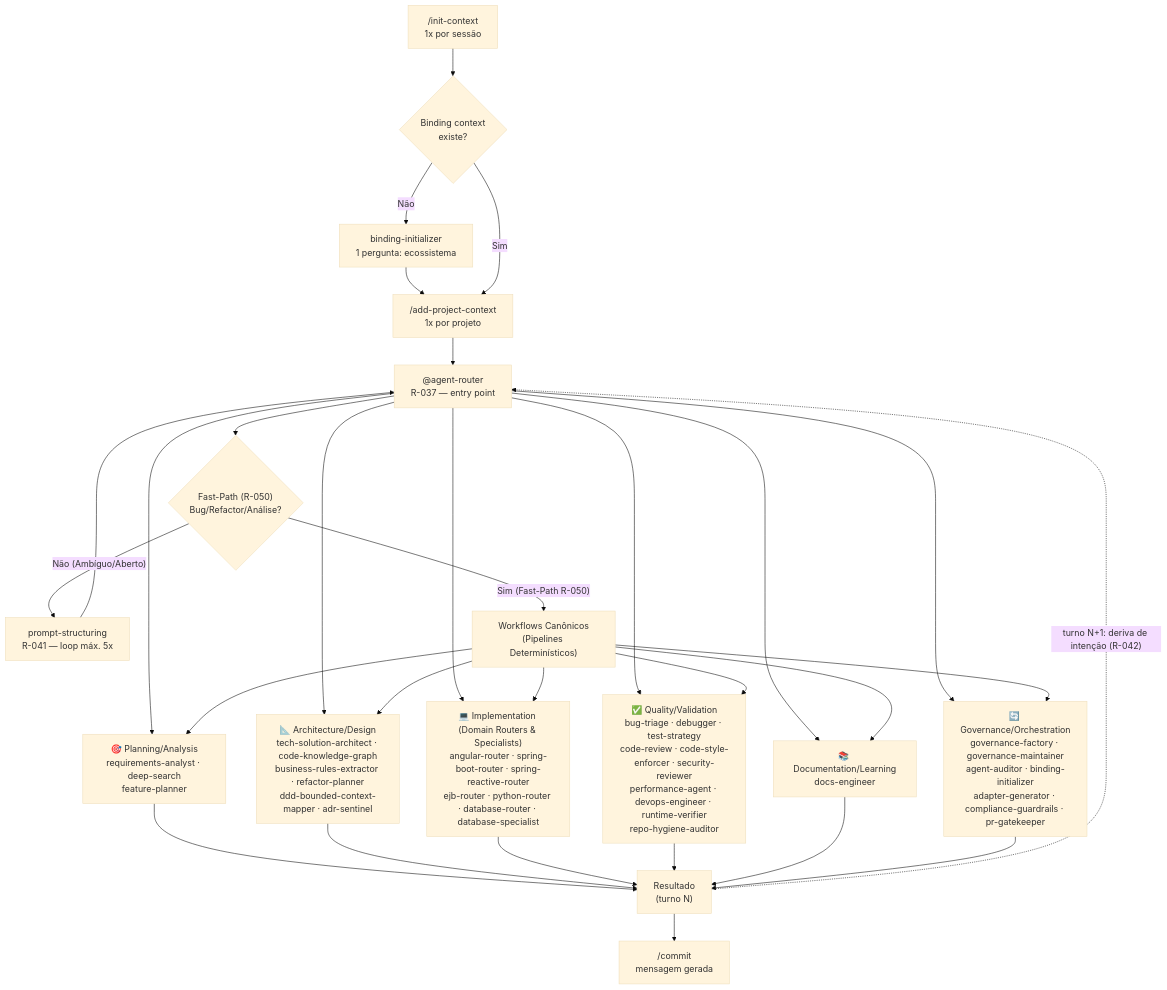
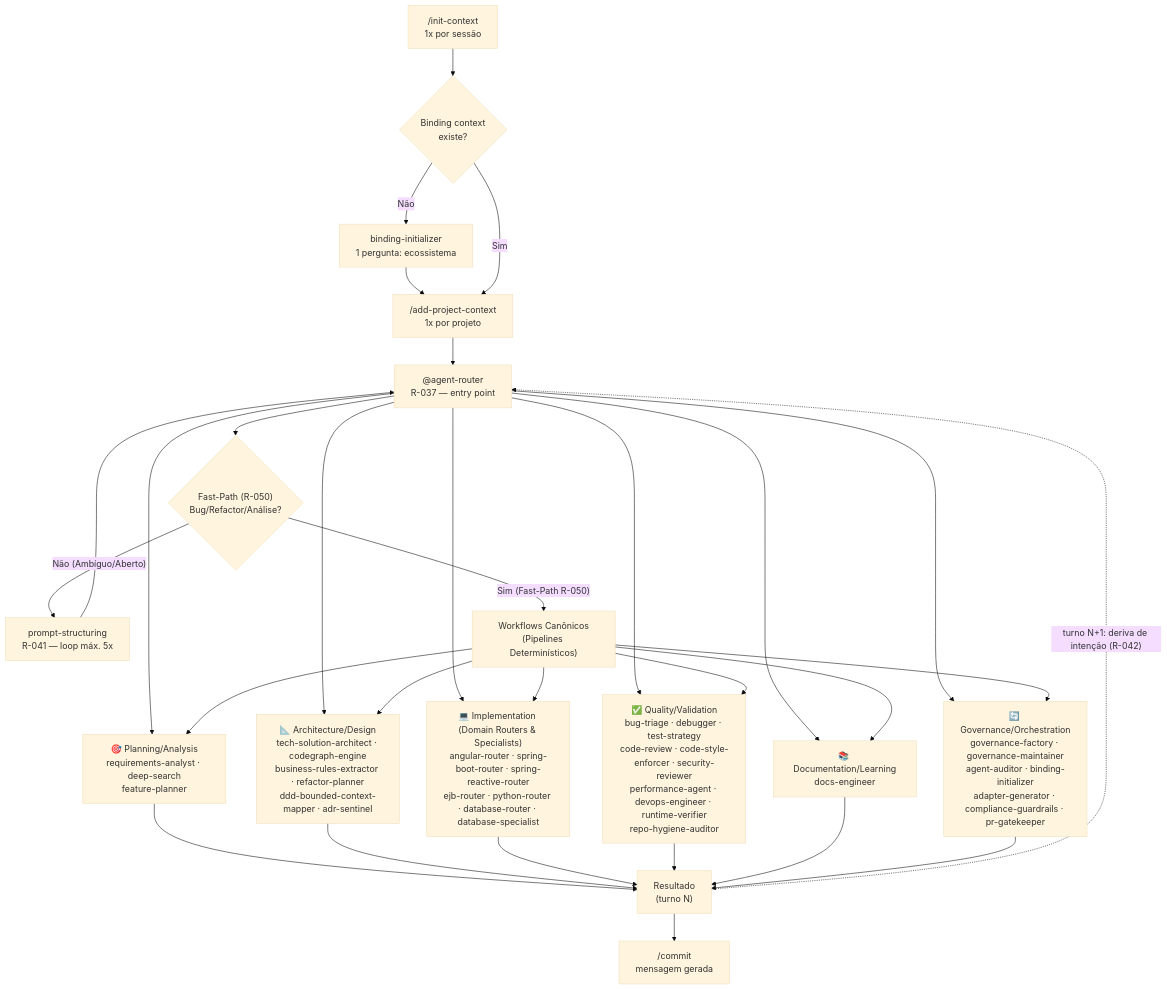
The first of 2 diagrams in README.md (jezreel8858/deep-agents-copilot), drawn with Mermaid (base theme) before and after one commit. The commit also changed other lines of this file and 31 other files, not shown here.

````diff
--- a/README.md
+++ b/README.md
@@ -183,23 +183,23 @@
 ```mermaid
 flowchart TD
     A["/init-context\n1x por sessão"] --> B{Binding context\nexiste?}
     B -- Não --> C["binding-initializer\n1 pergunta: ecossistema"]
     C --> D["/add-project-context\n1x por projeto"]
     B -- Sim --> D
     D --> E["@agent-router\nR-037 — entry point"]
     E --> FP{"Fast-Path (R-050)\nBug/Refactor/Análise?"}
     FP -- "Não (Ambíguo/Aberto)" --> P["prompt-structuring\nR-041 — loop máx. 5x"]
     P --> E
     FP -- "Sim (Fast-Path R-050)" --> WF["Workflows Canônicos\n(Pipelines Determinísticos)"]
 
     E & WF --> G1["🎯 Planning/Analysis\nrequirements-analyst · deep-search\nfeature-planner"]
-    E & WF --> G2["📐 Architecture/Design\ntech-solution-architect · code-knowledge-graph\nbusiness-rules-extractor · refactor-planner\nddd-bounded-context-mapper · adr-sentinel"]
+    E & WF --> G2["📐 Architecture/Design\ntech-solution-architect · codegraph-engine\nbusiness-rules-extractor · refactor-planner\nddd-bounded-context-mapper · adr-sentinel"]
     E & WF --> G3["💻 Implementation (Domain Routers & Specialists)\nangular-router · spring-boot-router · spring-reactive-router\nejb-router · python-router · database-router · database-specialist"]
     E & WF --> G4["✅ Quality/Validation\nbug-triage · debugger · test-strategy\ncode-review · code-style-enforcer · security-reviewer\nperformance-agent · devops-engineer · runtime-verifier\nrepo-hygiene-auditor"]
     E & WF --> G5["📚 Documentation/Learning\ndocs-engineer"]
     E & WF --> G6["🔄 Governance/Orchestration\ngovernance-factory · governance-maintainer\nagent-auditor · binding-initializer\nadapter-generator · compliance-guardrails · pr-gatekeeper"]
 
     G1 & G2 & G3 & G4 & G5 & G6 --> K["Resultado\n(turno N)"]
     K --> L["/commit\nmensagem gerada"]
     K -.->|"turno N+1: deriva de intenção (R-042)"| E
 ```
````
